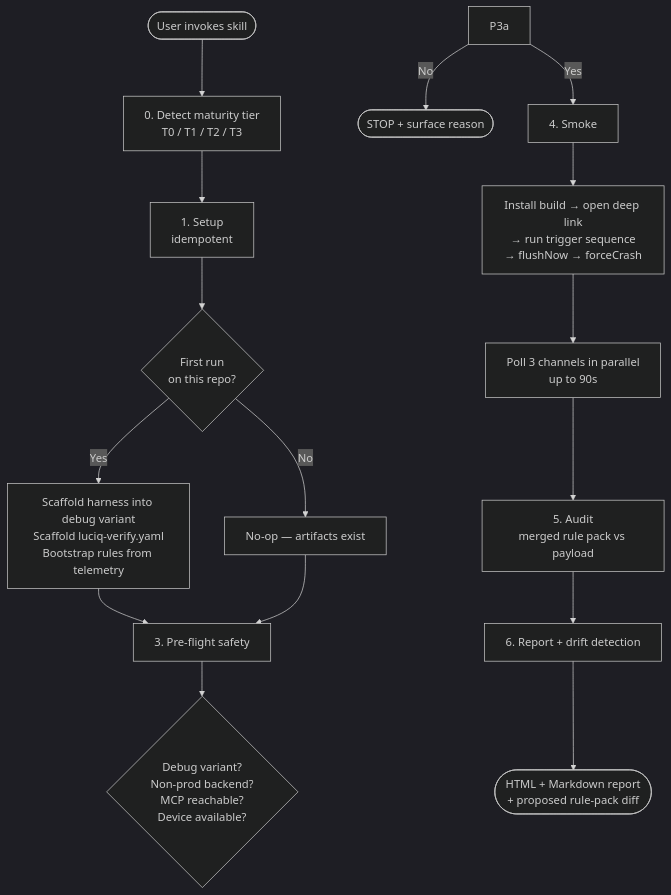
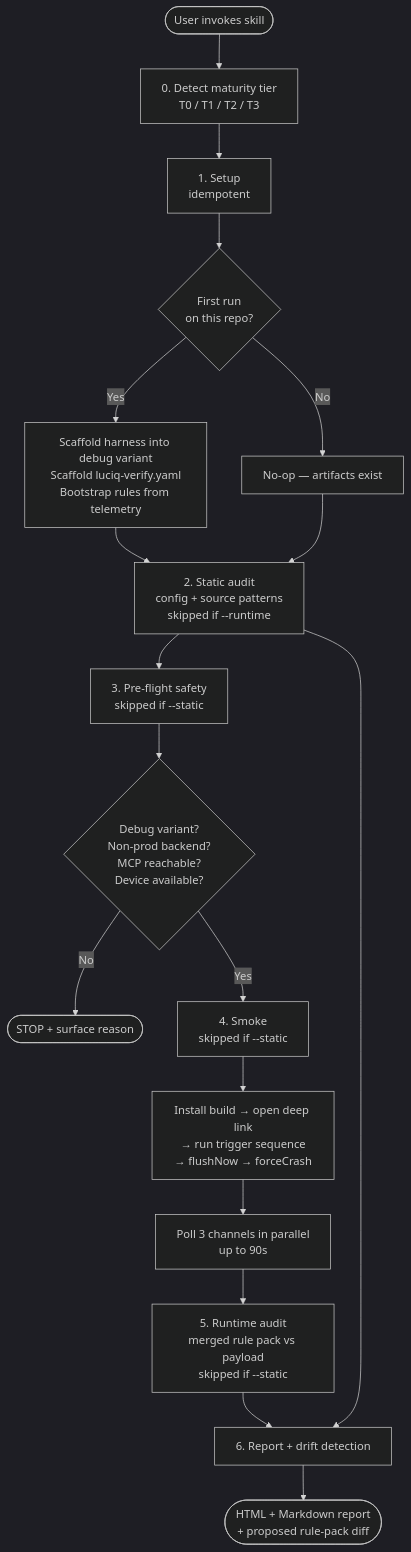
The second of 6 diagrams in plugins/luciq-skills/skills/luciq-verify/README.md (luciqai/agent-skills), drawn with Mermaid (dark theme) before and after one commit. The commit also changed other lines of this file and 1 other file, not shown here.

First line of the commit message:
docs(luciq-verify): wire up static phase in README + check-catalog

````diff
--- a/plugins/luciq-skills/skills/luciq-verify/README.md
+++ b/plugins/luciq-skills/skills/luciq-verify/README.md
@@ -64,18 +64,21 @@
 ```mermaid
 flowchart TD
     Start([User invokes skill]) --> P0[0. Detect maturity tier<br/>T0 / T1 / T2 / T3]
     P0 --> P1[1. Setup<br/>idempotent]
     P1 --> P1a{First run<br/>on this repo?}
     P1a -->|Yes| P1b[Scaffold harness into debug variant<br/>Scaffold luciq-verify.yaml<br/>Bootstrap rules from telemetry]
     P1a -->|No| P1c[No-op — artifacts exist]
-    P1b --> P3
-    P1c --> P3
-    P3[3. Pre-flight safety] --> P2a{Debug variant?<br/>Non-prod backend?<br/>MCP reachable?<br/>Device available?}
+    P1b --> P2
+    P1c --> P2
+    P2[2. Static audit<br/>config + source patterns<br/>skipped if --runtime]
+    P2 --> P3[3. Pre-flight safety<br/>skipped if --static]
+    P3 --> P3a{Debug variant?<br/>Non-prod backend?<br/>MCP reachable?<br/>Device available?}
     P3a -->|No| Stop([STOP + surface reason])
-    P3a -->|Yes| P4[4. Smoke]
+    P3a -->|Yes| P4[4. Smoke<br/>skipped if --static]
     P4 --> P4a[Install build → open deep link<br/>→ run trigger sequence<br/>→ flushNow → forceCrash]
     P4a --> P4b[Poll 3 channels in parallel<br/>up to 90s]
-    P4b --> P5[5. Audit<br/>merged rule pack vs payload]
+    P4b --> P5[5. Runtime audit<br/>merged rule pack vs payload<br/>skipped if --static]
+    P2 --> P6
     P5 --> P6[6. Report + drift detection]
     P6 --> Out([HTML + Markdown report<br/>+ proposed rule-pack diff])
 ```
````
